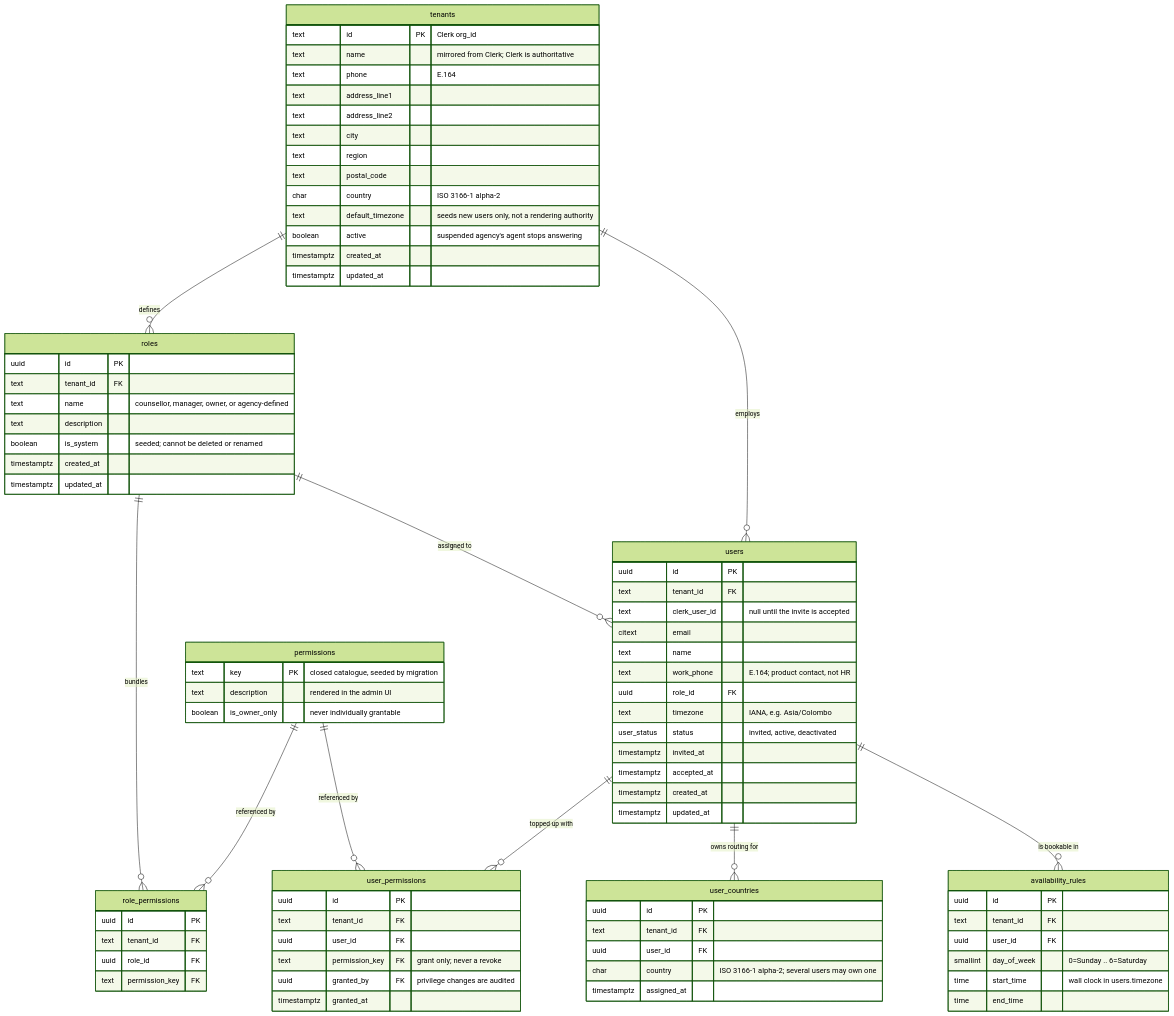
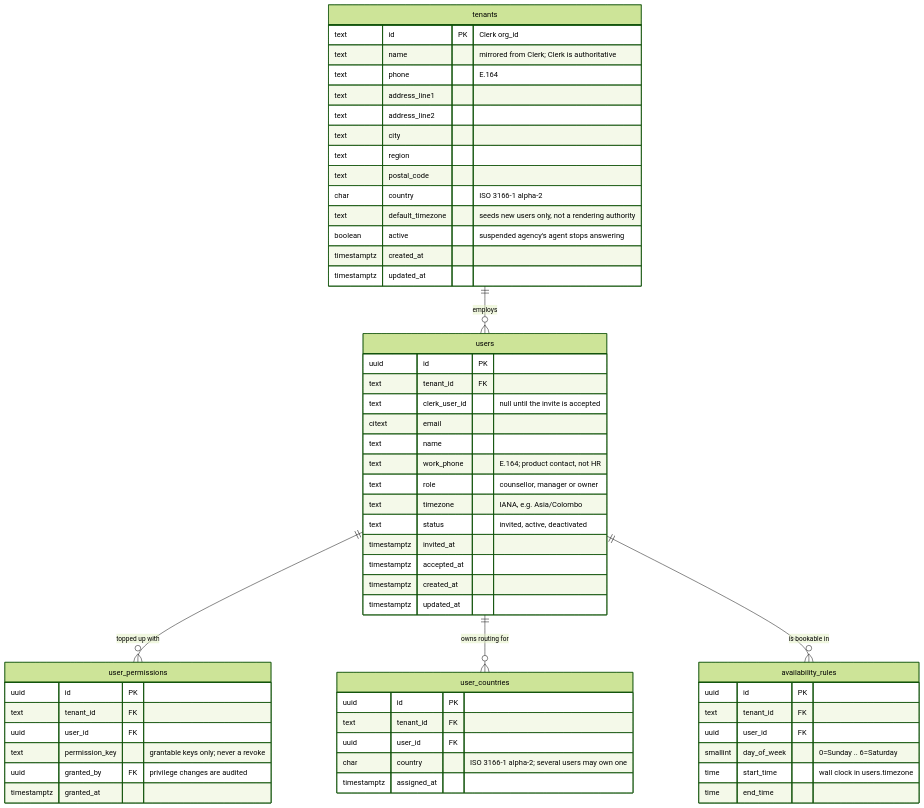
Before and after one commit to sathudeva7/2026-AUS-AI-tutorial: the diagram in Lab-05/db/SCHEMA.md, drawn with Mermaid (forest theme). The commit also changed other lines of this file and 5 other files, not shown here.

````diff
--- a/Lab-05/db/SCHEMA.md
+++ b/Lab-05/db/SCHEMA.md
@@ -28,11 +36,6 @@
 ```mermaid
 erDiagram
-    tenants ||--o{ roles : "defines"
     tenants ||--o{ users : "employs"
-    permissions ||--o{ role_permissions : "referenced by"
-    permissions ||--o{ user_permissions : "referenced by"
-    roles ||--o{ role_permissions : "bundles"
-    roles ||--o{ users : "assigned to"
     users ||--o{ user_permissions : "topped up with"
     users ||--o{ user_countries : "owns routing for"
     users ||--o{ availability_rules : "is bookable in"
@@ -53,29 +56,6 @@
         timestamptz updated_at
     }
 
-    permissions {
-        text key PK "closed catalogue, seeded by migration"
-        text description "rendered in the admin UI"
-        boolean is_owner_only "never individually grantable"
-    }
-
-    roles {
-        uuid id PK
-        text tenant_id FK
-        text name "counsellor, manager, owner, or agency-defined"
-        text description
-        boolean is_system "seeded; cannot be deleted or renamed"
-        timestamptz created_at
-        timestamptz updated_at
-    }
-
-    role_permissions {
-        uuid id PK
-        text tenant_id FK
-        uuid role_id FK
-        text permission_key FK
-    }
-
     users {
         uuid id PK
         text tenant_id FK
@@ -83,9 +63,9 @@
         citext email
         text name
         text work_phone "E.164; product contact, not HR"
-        uuid role_id FK
+        text role "counsellor, manager or owner"
         text timezone "IANA, e.g. Asia/Colombo"
-        user_status status "invited, active, deactivated"
+        text status "invited, active, deactivated"
         timestamptz invited_at
         timestamptz accepted_at
         timestamptz created_at
@@ -96,7 +76,7 @@
         uuid id PK
         text tenant_id FK
         uuid user_id FK
-        text permission_key FK "grant only; never a revoke"
+        text permission_key "grantable keys only; never a revoke"
         uuid granted_by FK "privilege changes are audited"
         timestamptz granted_at
     }
````
